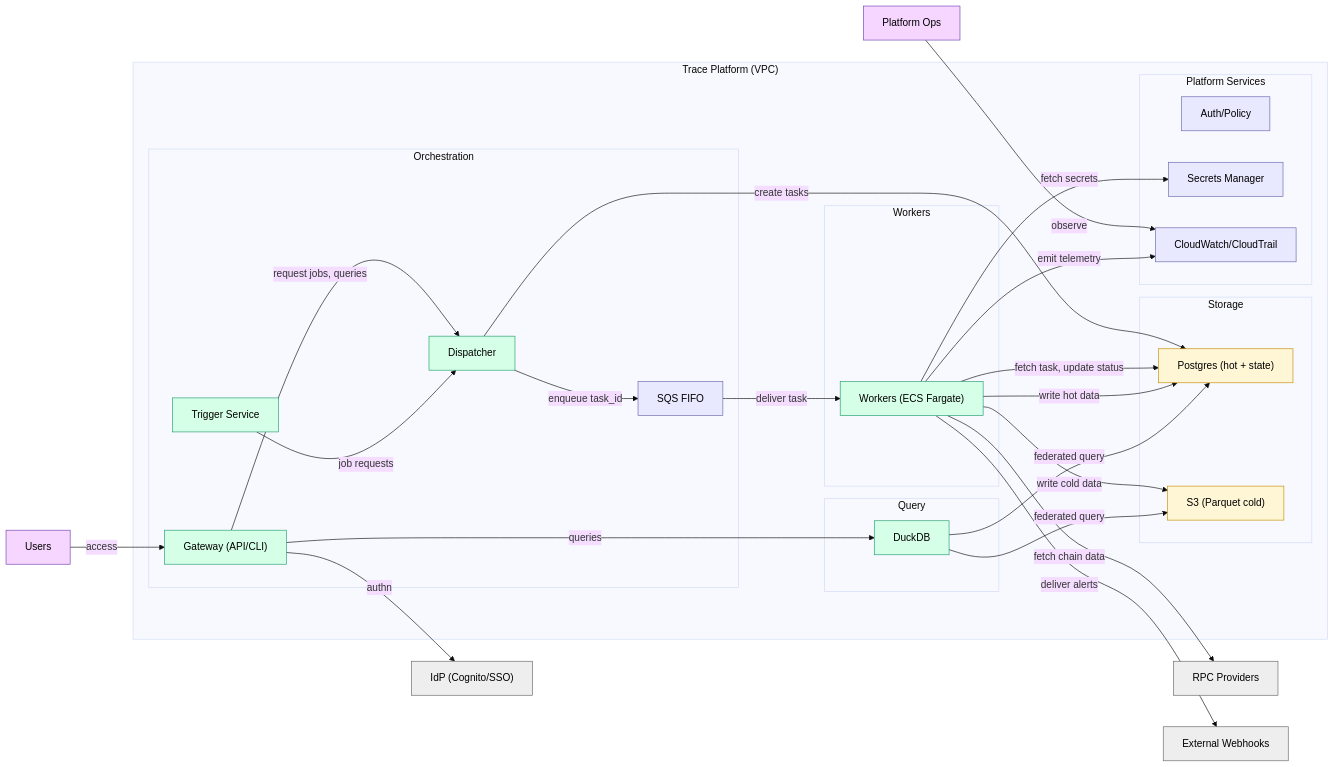
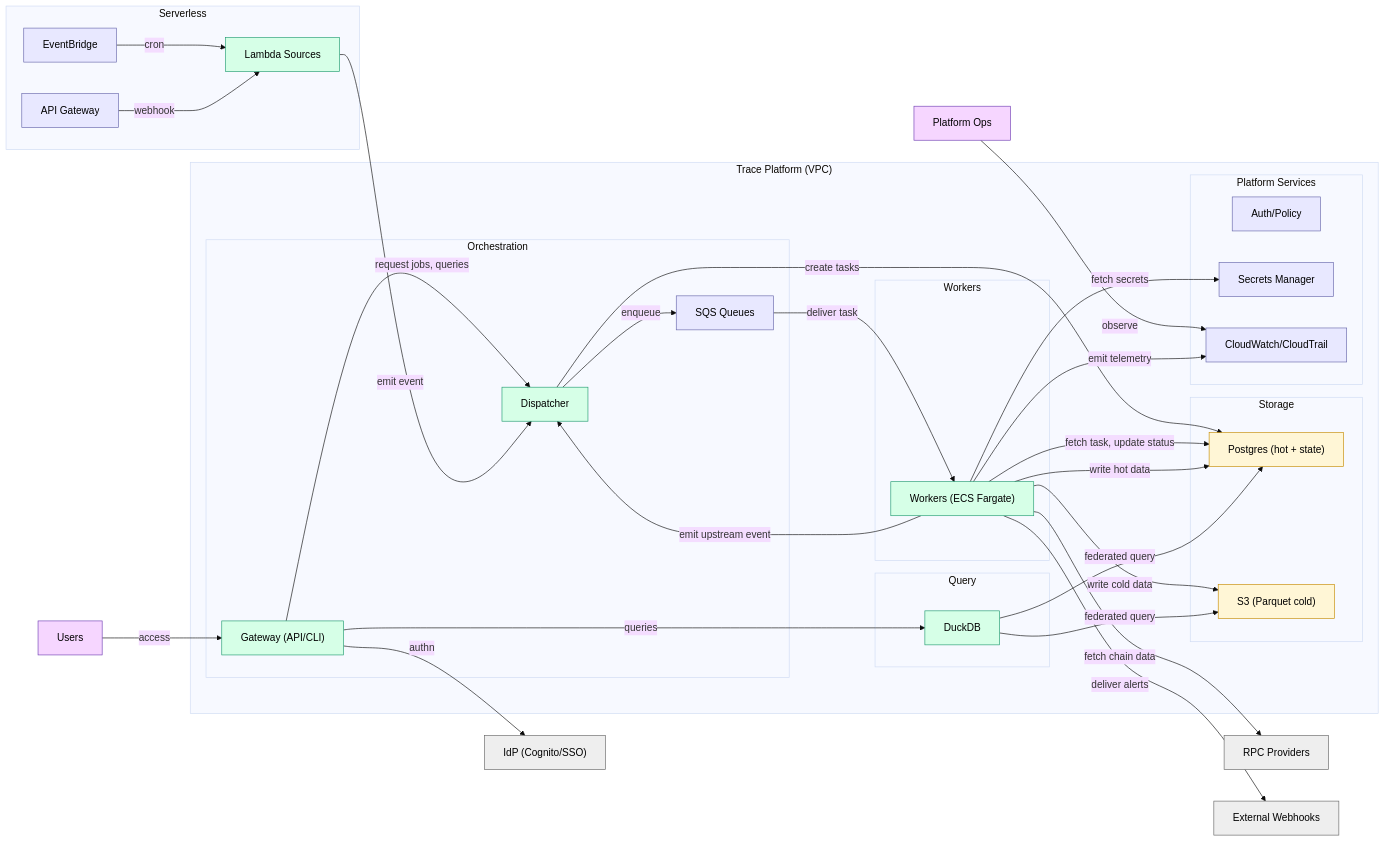
One commit to c7121/trace changed the second of 5 diagrams in docs/architecture/diagrams/c4.md. Above: the diagram before and after it, drawn with Mermaid (base theme). The commit also changed other lines of this file and 17 other files, not shown here.

````diff
--- a/docs/architecture/diagrams/c4.md
+++ b/docs/architecture/diagrams/c4.md
@@ -27,60 +27,69 @@
 ```mermaid
 flowchart LR
     subgraph Trace["Trace Platform (VPC)"]
         subgraph Orchestration["Orchestration"]
             api["Gateway (API/CLI)"]:::container
-            trigger["Trigger Service"]:::container
             dispatcher["Dispatcher"]:::container
-            sqs["SQS FIFO"]:::infra
+            sqs["SQS Queues"]:::infra
         end
         subgraph Compute["Workers"]
             workers["Workers (ECS Fargate)"]:::container
         end
         subgraph Storage["Storage"]
             postgres["Postgres (hot + state)"]:::database
             s3["S3 (Parquet cold)"]:::database
         end
         subgraph Query["Query"]
             duckdb["DuckDB"]:::container
         end
         subgraph Platform["Platform Services"]
             platformAuth["Auth/Policy"]:::infra
             platformSec["Secrets Manager"]:::infra
             platformObs["CloudWatch/CloudTrail"]:::infra
         end
     end
 
+    subgraph Serverless["Serverless"]
+        eventbridge["EventBridge"]:::infra
+        lambda["Lambda Sources"]:::container
+        apigw["API Gateway"]:::infra
+    end
+
     users["Users"]:::person
     ops["Platform Ops"]:::person
     idp["IdP (Cognito/SSO)"]:::ext
     rpc["RPC Providers"]:::ext
     webhooks["External Webhooks"]:::ext
 
     users -->|access| api
     ops -->|observe| platformObs
     api -->|authn| idp
     api -->|request jobs, queries| dispatcher
     api -->|queries| duckdb
     
-    trigger -->|job requests| dispatcher
+    eventbridge -->|cron| lambda
+    apigw -->|webhook| lambda
+    lambda -->|emit event| dispatcher
+    
     dispatcher -->|create tasks| postgres
-    dispatcher -->|enqueue task_id| sqs
+    dispatcher -->|enqueue| sqs
     sqs -->|deliver task| workers
     
     workers -->|fetch task, update status| postgres
     workers -->|write hot data| postgres
     workers -->|write cold data| s3
     workers -->|fetch secrets| platformSec
     workers -->|fetch chain data| rpc
     workers -->|deliver alerts| webhooks
     workers -->|emit telemetry| platformObs
+    workers -->|emit upstream event| dispatcher
     
     duckdb -->|federated query| postgres
     duckdb -->|federated query| s3
 
     classDef person fill:#f6d6ff,stroke:#6f3fb3,color:#000;
     classDef container fill:#d6ffe7,stroke:#1f9a6f,color:#000;
     classDef database fill:#fff6d6,stroke:#c58b00,color:#000;
     classDef infra fill:#e8e8ff,stroke:#6666aa,color:#000;
     classDef ext fill:#eee,stroke:#666,color:#000;
 ```
````
